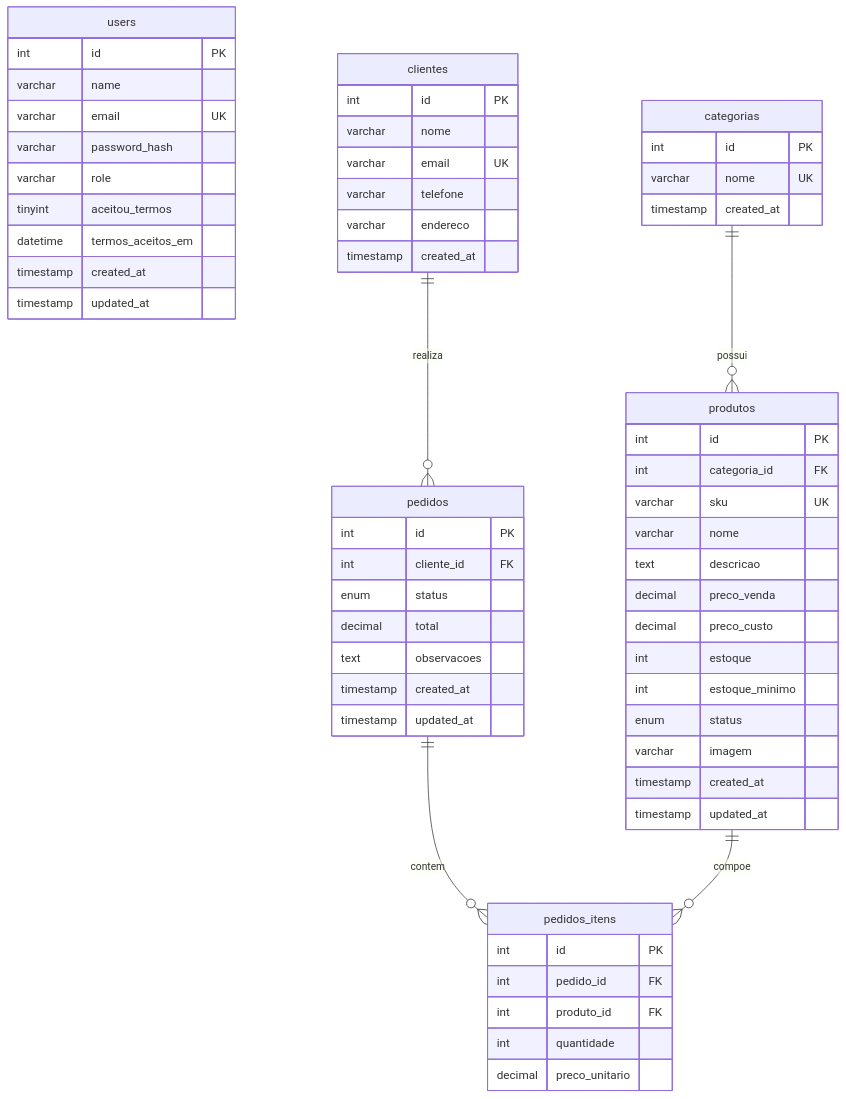
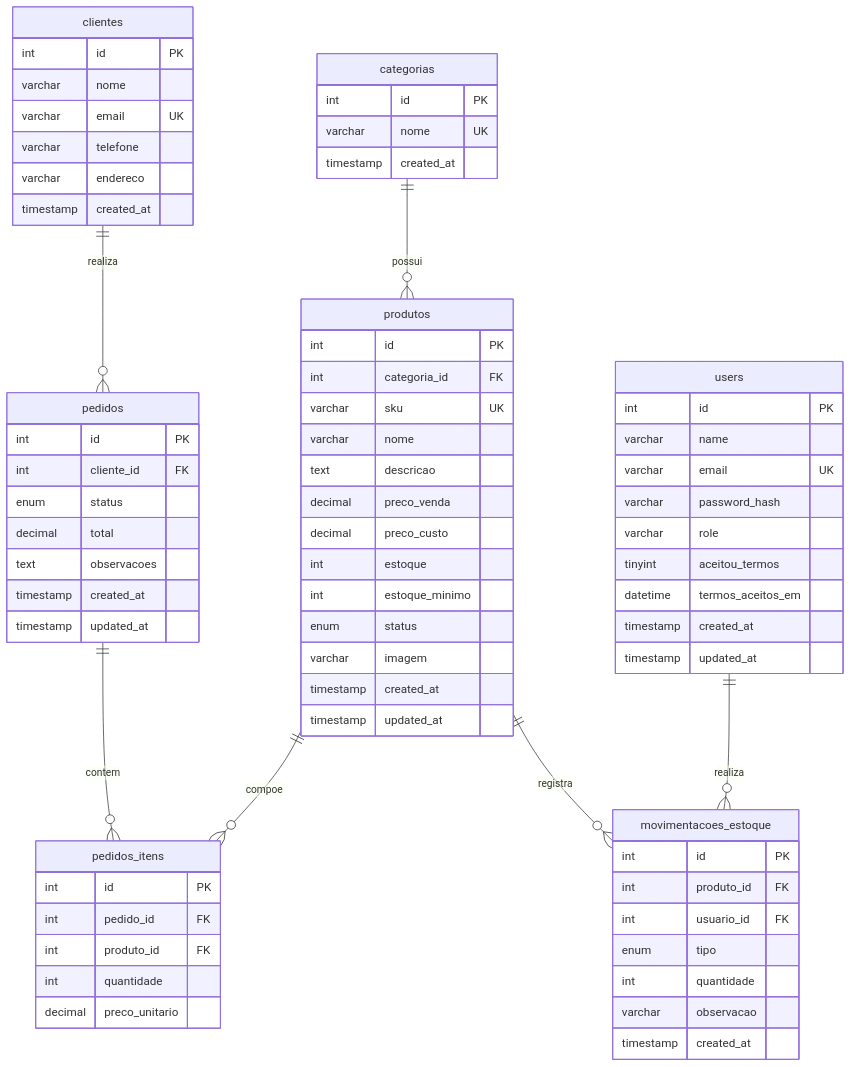
One commit to team-cafeina/kombi-coffee changed the diagram in docs/database-diagram.md. Above: the diagram before and after it, drawn with Mermaid. The commit also changed other lines of this file and 7 other files, not shown here.

````diff
--- a/docs/database-diagram.md
+++ b/docs/database-diagram.md
@@ -8,68 +8,80 @@
 ```mermaid
 erDiagram
     users {
         int id PK
         varchar name
         varchar email UK
         varchar password_hash
         varchar role
         tinyint aceitou_termos
         datetime termos_aceitos_em
         timestamp created_at
         timestamp updated_at
     }
 
     categorias {
         int id PK
         varchar nome UK
         timestamp created_at
     }
 
     produtos {
         int id PK
         int categoria_id FK
         varchar sku UK
         varchar nome
         text descricao
         decimal preco_venda
         decimal preco_custo
         int estoque
         int estoque_minimo
         enum status
         varchar imagem
         timestamp created_at
         timestamp updated_at
     }
 
     clientes {
         int id PK
         varchar nome
         varchar email UK
         varchar telefone
         varchar endereco
         timestamp created_at
     }
 
     pedidos {
         int id PK
         int cliente_id FK
         enum status
         decimal total
         text observacoes
         timestamp created_at
         timestamp updated_at
     }
 
     pedidos_itens {
         int id PK
         int pedido_id FK
         int produto_id FK
         int quantidade
         decimal preco_unitario
     }
 
+    movimentacoes_estoque {
+        int id PK
+        int produto_id FK
+        int usuario_id FK
+        enum tipo
+        int quantidade
+        varchar observacao
+        timestamp created_at
+    }
+
     categorias ||--o{ produtos : possui
     clientes ||--o{ pedidos : realiza
     pedidos ||--o{ pedidos_itens : contem
     produtos ||--o{ pedidos_itens : compoe
+    produtos ||--o{ movimentacoes_estoque : registra
+    users ||--o{ movimentacoes_estoque : realiza
 ```
````
